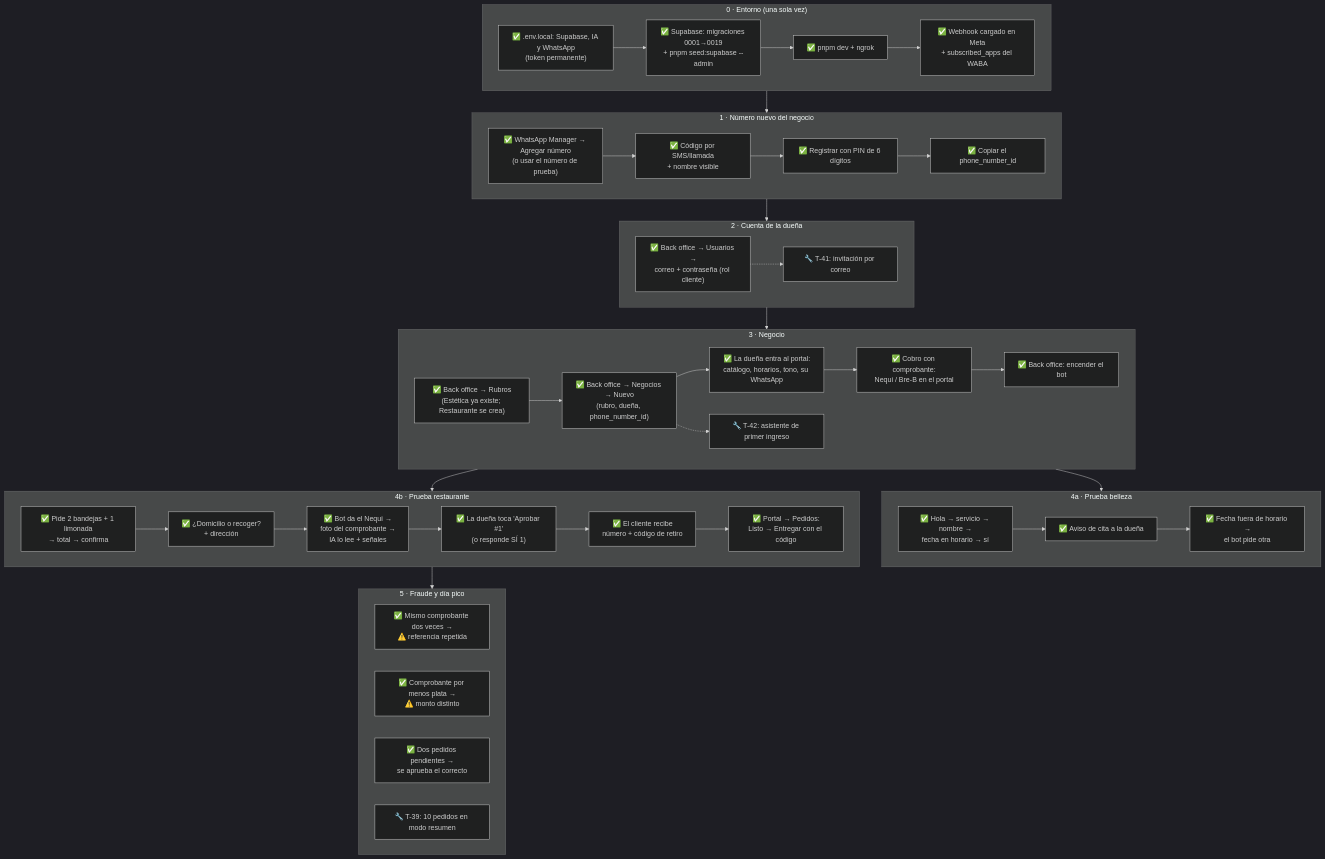
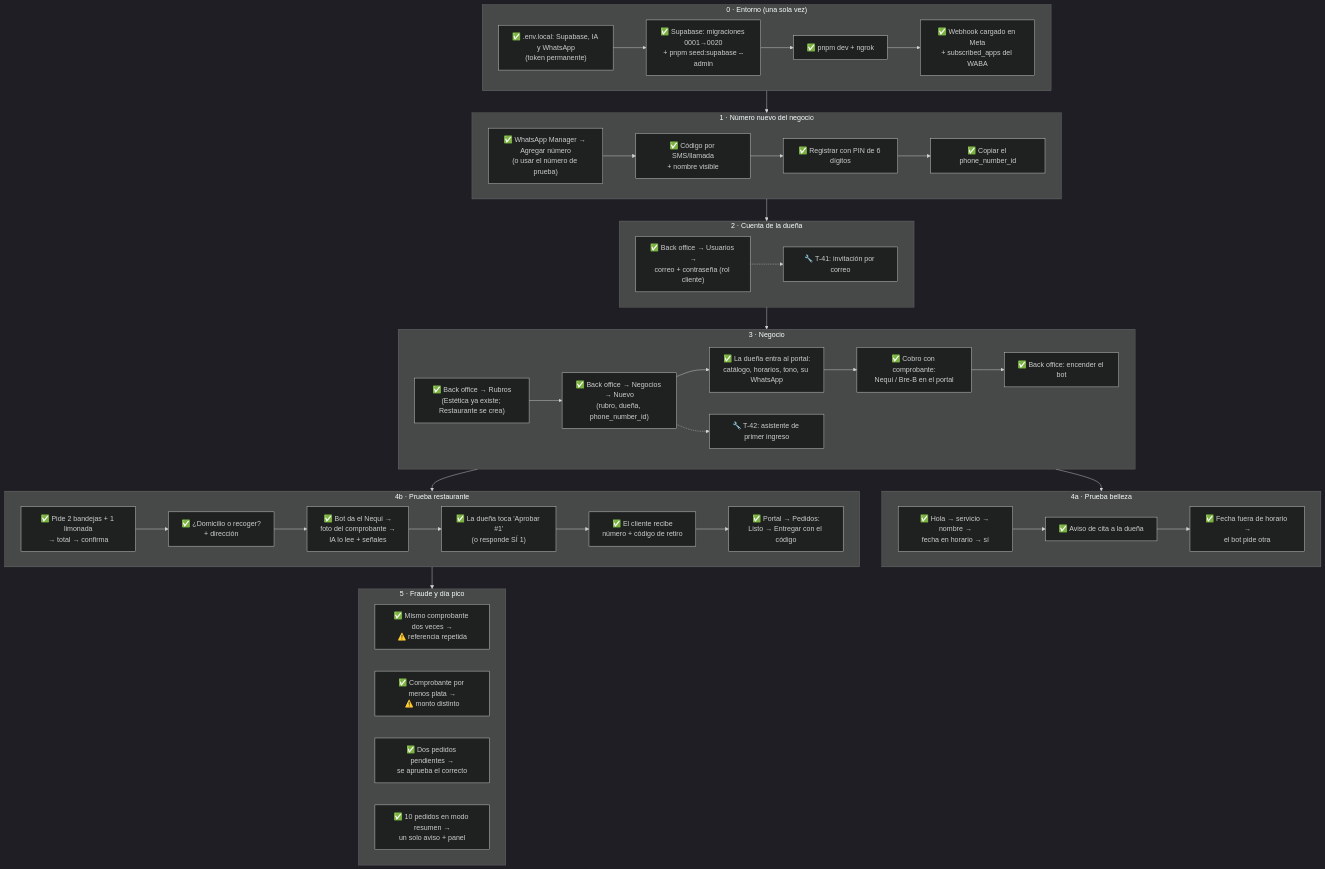
One commit to daniell41-dev/client-automation-bot changed the diagram in docs/17-prueba-local.md. Above: the diagram before and after it, drawn with Mermaid (dark theme). The commit also changed other lines of this file and 13 other files, not shown here.

First line of the commit message:
feat(T-39): modo de aviso "solo resumen" para los días pico

````diff
--- a/docs/17-prueba-local.md
+++ b/docs/17-prueba-local.md
@@ -18,54 +18,54 @@
 ```mermaid
 flowchart TD
   subgraph E["0 · Entorno (una sola vez)"]
-    E1["✅ .env.local: Supabase, IA y WhatsApp<br/>(token permanente)"] --> E2["✅ Supabase: migraciones 0001→0019<br/>+ pnpm seed:supabase --admin"]
+    E1["✅ .env.local: Supabase, IA y WhatsApp<br/>(token permanente)"] --> E2["✅ Supabase: migraciones 0001→0020<br/>+ pnpm seed:supabase --admin"]
     E2 --> E3["✅ pnpm dev + ngrok"]
     E3 --> E4["✅ Webhook cargado en Meta<br/>+ subscribed_apps del WABA"]
   end
 
   subgraph T["1 · Número nuevo del negocio"]
     T1["✅ WhatsApp Manager → Agregar número<br/>(o usar el número de prueba)"] --> T2["✅ Código por SMS/llamada<br/>+ nombre visible"]
     T2 --> T3["✅ Registrar con PIN de 6 dígitos"]
     T3 --> T4["✅ Copiar el phone_number_id"]
   end
 
   subgraph U["2 · Cuenta de la dueña"]
     U1["✅ Back office → Usuarios →<br/>correo + contraseña (rol cliente)"]
     U2["🔧 T-41: invitación por correo"]
     U1 -.-> U2
   end
 
   subgraph N["3 · Negocio"]
     N0["✅ Back office → Rubros<br/>(Estética ya existe; Restaurante se crea)"] --> N1["✅ Back office → Negocios → Nuevo<br/>(rubro, dueña, phone_number_id)"]
     N1 --> N2["✅ La dueña entra al portal:<br/>catálogo, horarios, tono, su WhatsApp"]
     N2 --> N3["✅ Cobro con comprobante:<br/>Nequi / Bre-B en el portal"]
     N3 --> N5["✅ Back office: encender el bot"]
     N4["🔧 T-42: asistente de primer ingreso"]
     N1 -.-> N4
   end
 
   subgraph B["4a · Prueba belleza"]
     B1["✅ Hola → servicio → nombre →<br/>fecha en horario → sí"] --> B2["✅ Aviso de cita a la dueña"]
     B2 --> B3["✅ Fecha fuera de horario →<br/>el bot pide otra"]
   end
 
   subgraph R["4b · Prueba restaurante"]
     R1["✅ Pide 2 bandejas + 1 limonada<br/>→ total → confirma"] --> R2["✅ ¿Domicilio o recoger?<br/>+ dirección"]
     R2 --> R3["✅ Bot da el Nequi →<br/>foto del comprobante →<br/>IA lo lee + señales"]
     R3 --> R4["✅ La dueña toca 'Aprobar #1'<br/>(o responde SÍ 1)"]
     R4 --> R5["✅ El cliente recibe<br/>número + código de retiro"]
     R5 --> R6["✅ Portal → Pedidos:<br/>Listo → Entregar con el código"]
   end
 
   subgraph F["5 · Fraude y día pico"]
     F1["✅ Mismo comprobante dos veces →<br/>⚠️ referencia repetida"]
     F2["✅ Comprobante por menos plata →<br/>⚠️ monto distinto"]
     F3["✅ Dos pedidos pendientes →<br/>se aprueba el correcto"]
-    F4["🔧 T-39: 10 pedidos en modo resumen"]
+    F4["✅ 10 pedidos en modo resumen →<br/>un solo aviso + panel"]
   end
 
   E --> T --> U --> N
   N --> B
   N --> R
   R --> F
 ```
````
